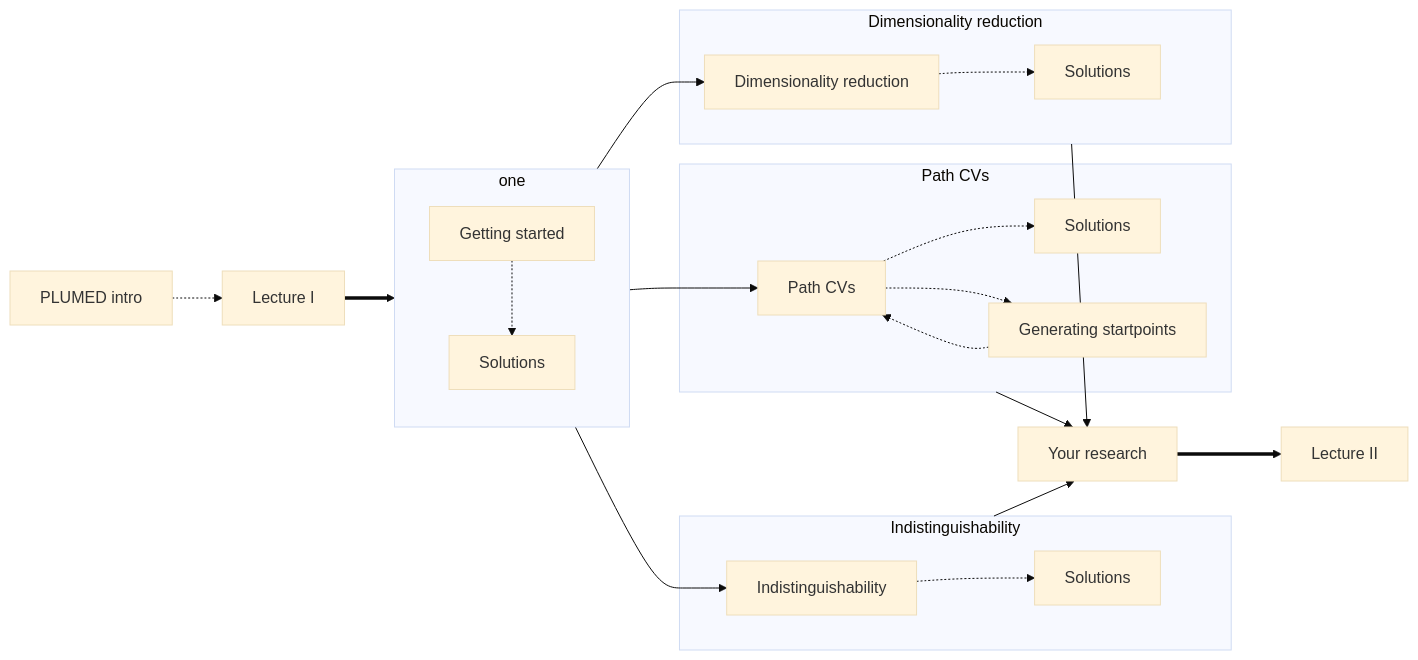
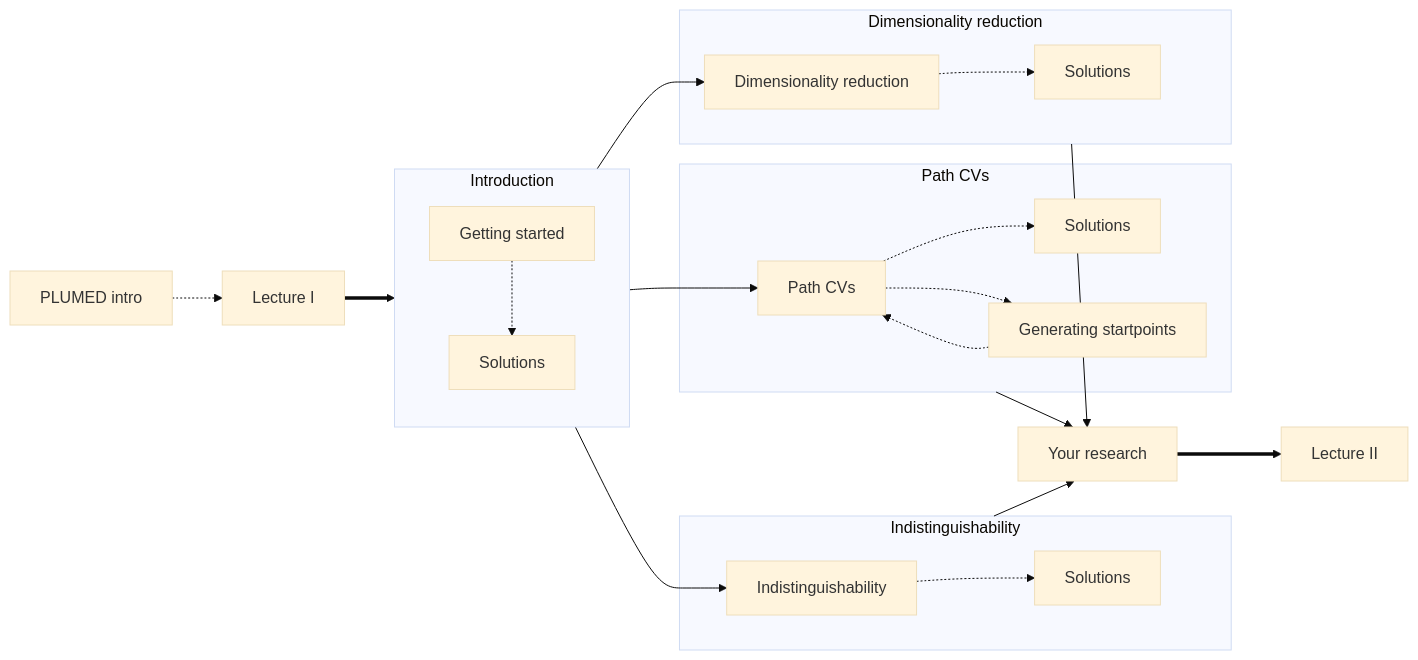
One commit to plumed/masterclass-21-6 changed the diagram in NAVIGATION.md. Above: the diagram before and after it, drawn with Mermaid (base theme).

````diff
--- a/NAVIGATION.md
+++ b/NAVIGATION.md
@@ -13,40 +13,40 @@
 ```mermaid
 flowchart LR;
   A[PLUMED intro] -.-> B[Lecture I] 
   B ==> C[Getting started]
-  subgraph one
+  subgraph one [Introduction];
   direction TB
   C -.-> D[Solutions]
   end
   one --> E[Dimensionality reduction]
   one --> F[Path CVs]
   one --> G[Indistinguishability]
   H ==> I[Lecture II]
   subgraph two [Dimensionality reduction]
   E -.-> J[Solutions]
   end
   subgraph three [Path CVs]
   F -.-> K[Solutions]
   F -.-> M[Generating startpoints]
   M -.-> F
   end
   subgraph four [Indistinguishability]
   G -.-> L[Solutions]
   end
   two --> H[Your research] 
   three --> H
   four --> H
   click A "ref1" "This elementary lesson shows you how to install PLUMED and some basic and more advanced syntax. You will only need to complete up to exercise 1 of this earlier lesson to complete these exercises on dimensionality reduction"
   click B "video1" "A lecture that was given on April 12th 2021 as part of the plumed masterclass series that introduces you to the exercises in this lesson"
   click C "INSTRUCTIONS1.md" "Installation instructions followed by a discussion of how to run PLUMED from python direction and how to use chemiscope to visualize trajectories"
   click D "notebooks/plumed-and-python-exercises-1-and-2.ipynb" "This python notebook contains a full set of solutions for the exercises that show how you can call PLUMED from a jupyter notebook"
   click E "DIMENSIONALITY.md" "An introduction to running various different types of dimensionality reduction algorithms on trajectories"
   click F "PATHS.md" "An introduction to path collective variables and the isocommittor"
   click G "INDISTINGUISHABILITY.md" "An introduction to methods for dealing with systems of indistinguishable particles"
   click H "WRAPUP.md" "Some advice on using the methods discussed in this tutorial in your own research"
   click I "video2" "A lecture that was given on April 19th 2021 as part of the plumed masterclass series that goes through the solutions to the exercises in the lesson"
   click J "notebooks/dimensionality-reduction-exercise-3.ipynb" "This python notebook contains a full set of solutions for the exercises on dimensionality reduction techniques"
   click K "notebooks/path-cvs-exercise-4.ipynb" "This python notebook contains a full set of solutions for the exercises on path collective variables"
   click L "notebooks/indistinguishability-ex-5.ipynb" "This python notebook contains a full set of solutions for the exercises on dealing with systems of indistiguishable particles"
   click M "notebooks/create_startpoints.ipynb" "This python notebook shows how I generated a series of random startpoints for the isocommittor simulations that were used in the exercise on path CVs"
 ```
````
